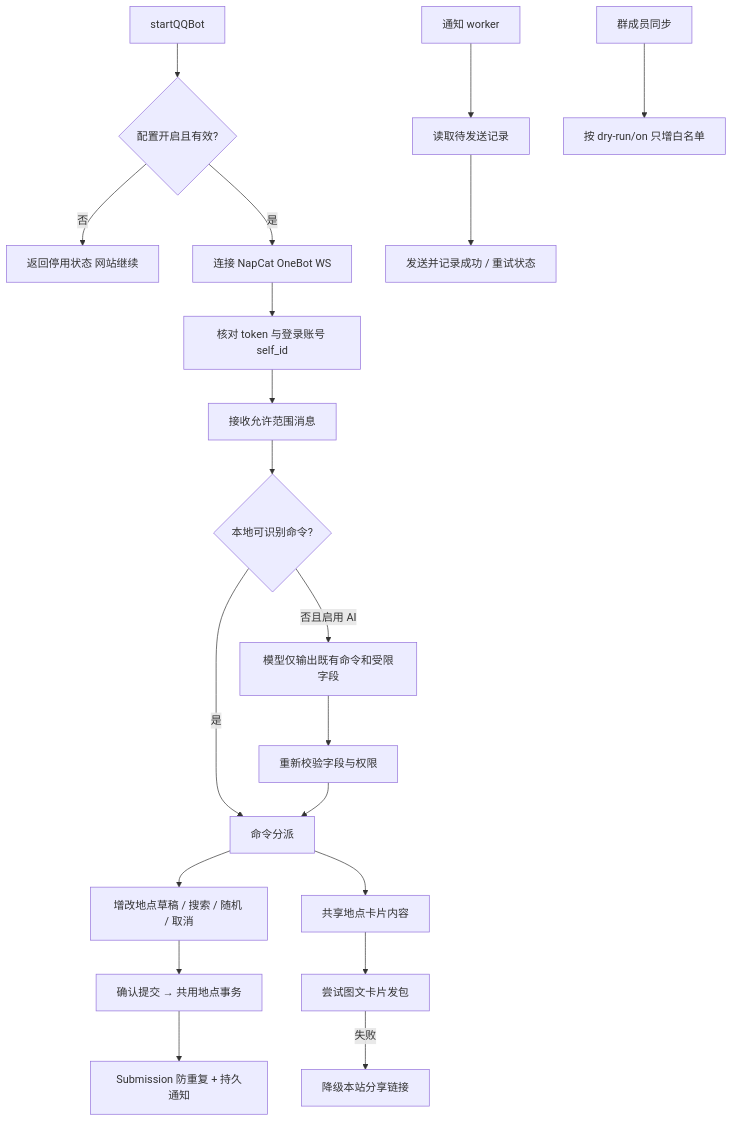
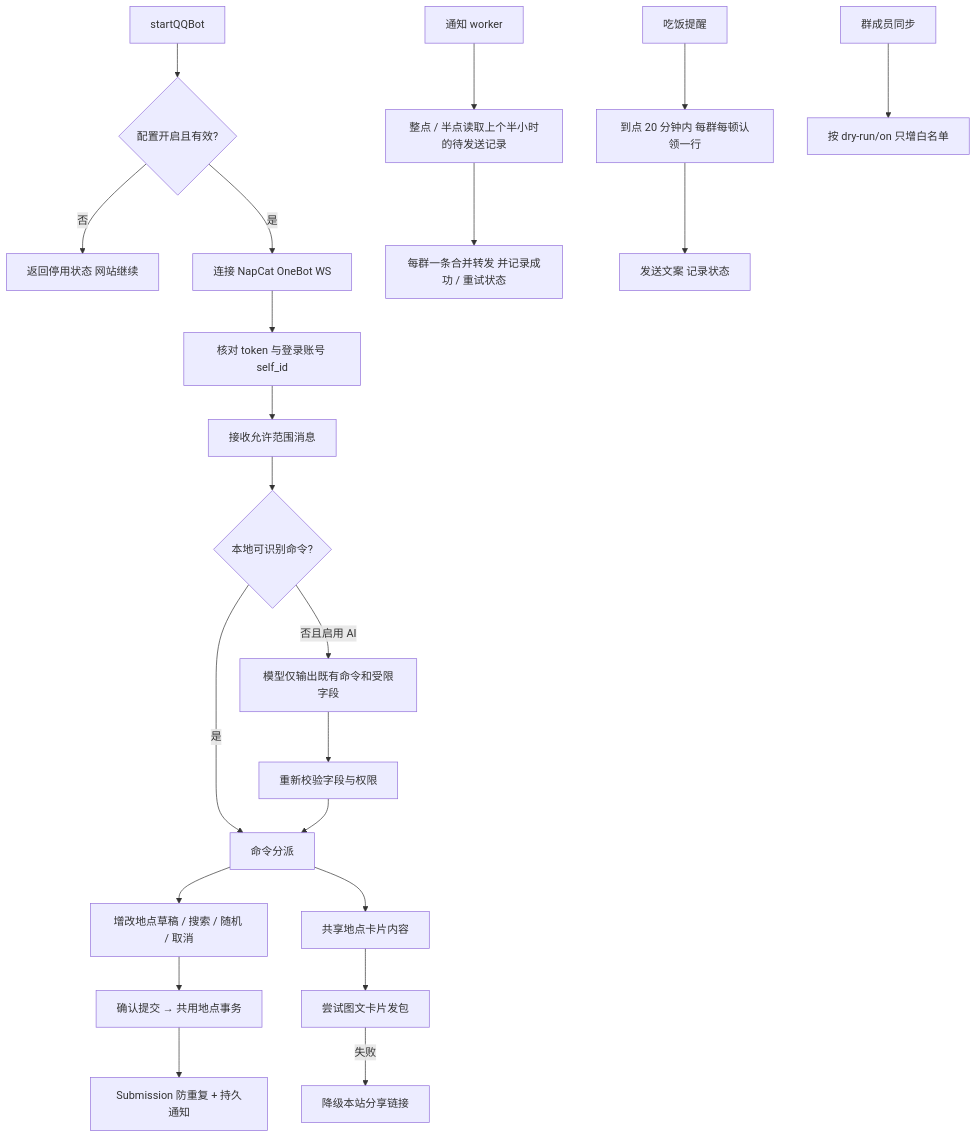
The diagram in backend/modules/qqbot/doc/README.md (DinnerpartyFoodMap/dinnerparty_community), drawn with Mermaid before and after one commit. The commit also changed other lines of this file and 12 other files, not shown here.

````diff
--- a/backend/modules/qqbot/doc/README.md
+++ b/backend/modules/qqbot/doc/README.md
@@ -5,22 +5,24 @@
 ```mermaid
 flowchart TD
     Start[startQQBot] --> Enabled{配置开启且有效?}
     Enabled -->|否| Disabled[返回停用状态 网站继续]
     Enabled -->|是| Connect[连接 NapCat OneBot WS]
     Connect --> Identity[核对 token 与登录账号 self_id]
     Identity --> Message[接收允许范围消息]
     Message --> Exact{本地可识别命令?}
     Exact -->|是| Command[命令分派]
     Exact -->|否且启用 AI| Interpret[模型仅输出既有命令和受限字段]
     Interpret --> Validate[重新校验字段与权限]
     Validate --> Command
     Command --> Draft[增改地点草稿 / 搜索 / 随机 / 取消]
     Draft --> Submit[确认提交 → 共用地点事务]
     Submit --> Idempotent[Submission 防重复 + 持久通知]
     Command --> Card[共享地点卡片内容]
     Card --> Packet[尝试图文卡片发包]
     Packet -->|失败| Link[降级本站分享链接]
-    Notice[通知 worker] --> Pending[读取待发送记录]
-    Pending --> Send[发送并记录成功 / 重试状态]
+    Notice[通知 worker] --> Pending[整点 / 半点读取上个半小时的待发送记录]
+    Pending --> Send[每群一条合并转发 并记录成功 / 重试状态]
+    Meal[吃饭提醒] --> MealDue[到点 20 分钟内 每群每顿认领一行]
+    MealDue --> MealSend[发送文案 记录状态]
     Member[群成员同步] --> Whitelist[按 dry-run/on 只增白名单]
 ```
````
